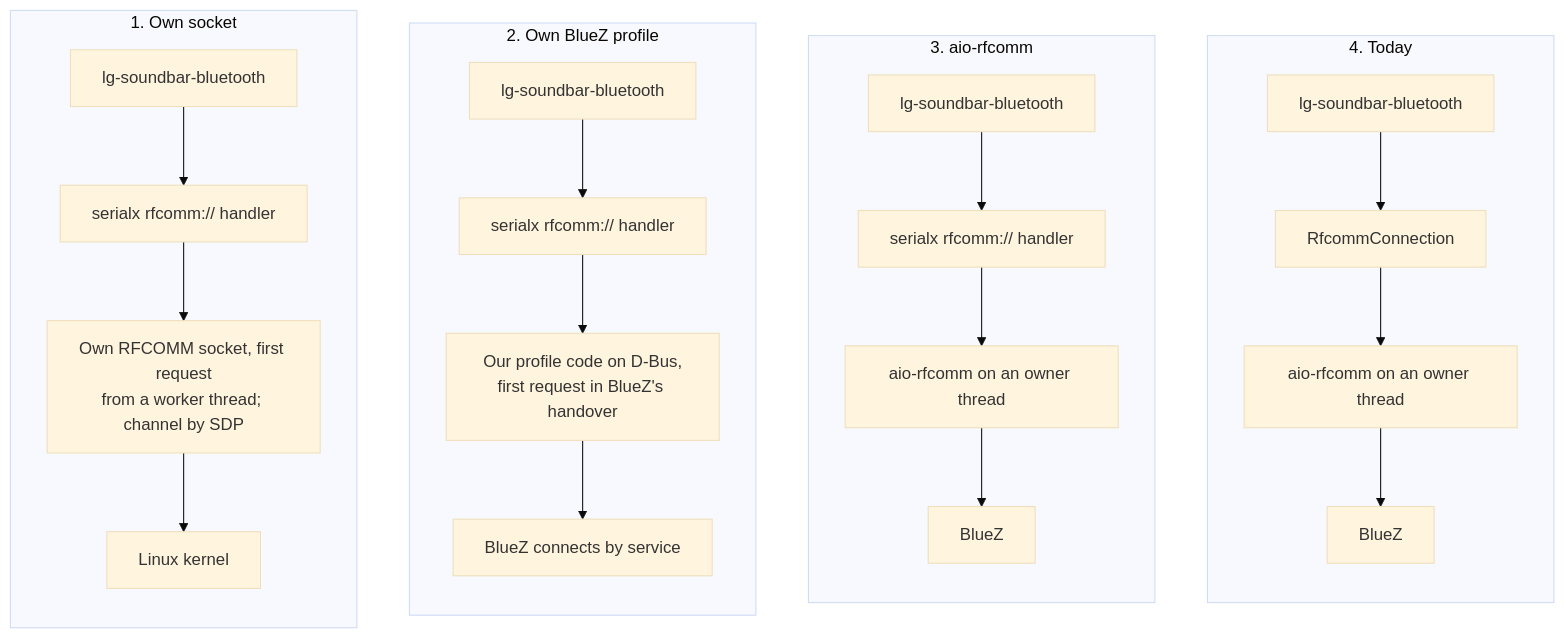
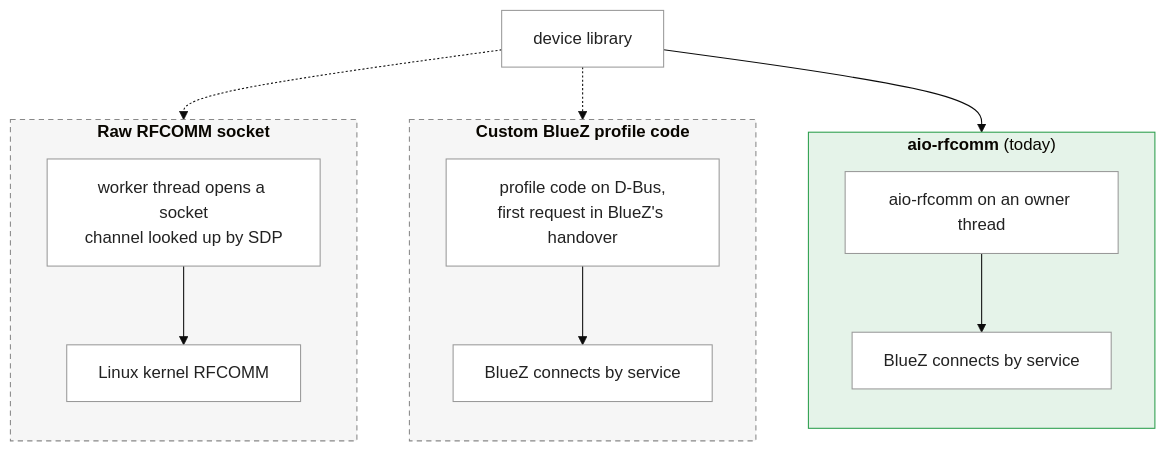
One commit to jeverley/ha-lg-soundbar-bluetooth changed the third of 4 diagrams in docs/architecture.md. Above: the diagram before and after it, drawn with Mermaid (base theme). The commit also changed other lines of this file and 3 other files, not shown here.

First line of the commit message:
Architecture document: plainer, with diagrams for what was prototyped

````diff
--- a/docs/architecture.md
+++ b/docs/architecture.md
@@ -101,20 +122,25 @@
 ```mermaid
-flowchart LR
-    subgraph S1["1. Own socket"]
+flowchart TB
+    L["device library"]
+    subgraph M1["<b>Raw RFCOMM socket</b>"]
         direction TB
-        a1["lg-soundbar-bluetooth"] --> a2["serialx rfcomm:// handler"] --> a3["Own RFCOMM socket, first request<br/>from a worker thread; channel by SDP"] --> a4["Linux kernel"]
+        m1a["worker thread opens a socket<br/>channel looked up by SDP"] --> m1b["Linux kernel RFCOMM"]
     end
-    subgraph S2["2. Own BlueZ profile"]
+    subgraph M2["<b>Custom BlueZ profile code</b>"]
         direction TB
-        b1["lg-soundbar-bluetooth"] --> b2["serialx rfcomm:// handler"] --> b3["Our profile code on D-Bus,<br/>first request in BlueZ's handover"] --> b4["BlueZ connects by service"]
+        m2a["profile code on D-Bus,<br/>first request in BlueZ's handover"] --> m2b["BlueZ connects by service"]
     end
-    subgraph S3["3. aio-rfcomm"]
+    subgraph M3["<b>aio-rfcomm</b> (today)"]
         direction TB
-        c1["lg-soundbar-bluetooth"] --> c2["serialx rfcomm:// handler"] --> c3["aio-rfcomm on an owner thread"] --> c4["BlueZ"]
+        m3a["aio-rfcomm on an owner thread"] --> m3b["BlueZ connects by service"]
     end
-    subgraph S4["4. Today"]
-        direction TB
-        d1["lg-soundbar-bluetooth"] --> d2["RfcommConnection"] --> d3["aio-rfcomm on an owner thread"] --> d4["BlueZ"]
-    end
-    S1 ~~~ S2 ~~~ S3 ~~~ S4
+    L -.-> M1
+    L -.-> M2
+    L --> M3
+    classDef old fill:#88888814,stroke:#888,stroke-dasharray: 5 4
+    classDef now fill:#2a9d4b1f,stroke:#2a9d4b
+    classDef box fill:#ffffff,stroke:#999,color:#222
+    class L,m1a,m1b,m2a,m2b,m3a,m3b box
+    class M1,M2 old
+    class M3 now
 ```
````
